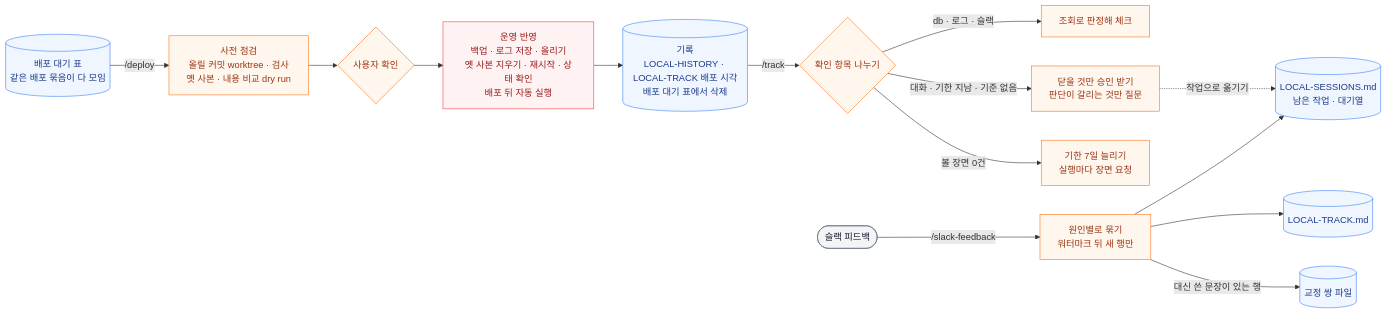
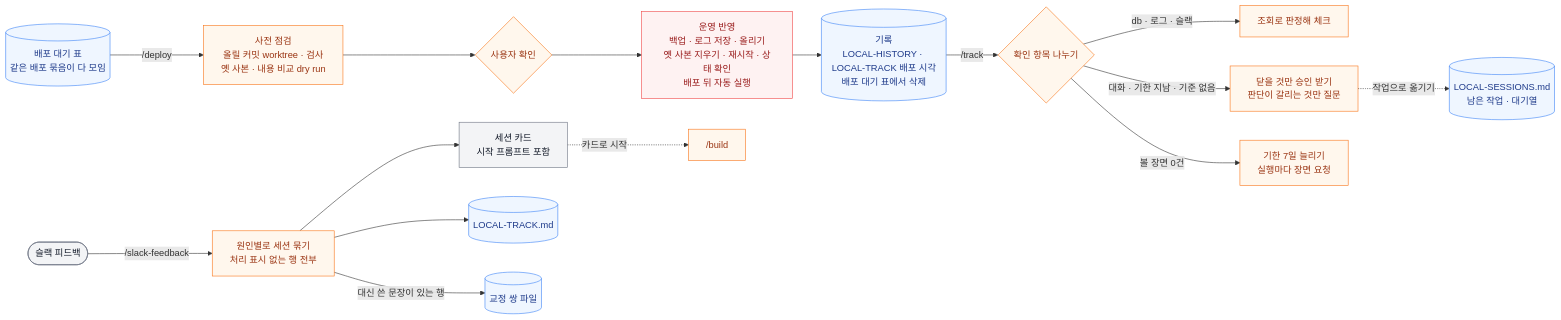
The fifth of 6 diagrams in workflow/skills-overview.md (hyewon3938/build-with-ai), drawn with Mermaid before and after one commit. The commit also changed other lines of this file and 4 other files, not shown here.

First line of the commit message:
docs: /slack-feedback이 대기열 대신 세션 카드로 보고하도록 변경

````diff
--- a/workflow/skills-overview.md
+++ b/workflow/skills-overview.md
@@ -163,26 +164,27 @@
 ```mermaid
 graph LR
     DW[("배포 대기 표<br/>같은 배포 묶음이 다 모임")] -->|/deploy| PRE["사전 점검<br/>올릴 커밋 worktree · 검사<br/>옛 사본 · 내용 비교 dry run"]
     PRE --> OK{"사용자 확인"}
     OK --> RUN["운영 반영<br/>백업 · 로그 저장 · 올리기<br/>옛 사본 지우기 · 재시작 · 상태 확인<br/>배포 뒤 자동 실행"]
     RUN --> REC[("기록<br/>LOCAL-HISTORY · LOCAL-TRACK 배포 시각<br/>배포 대기 표에서 삭제")]
     REC -->|/track| TR{"확인 항목 나누기"}
     TR -->|db · 로그 · 슬랙| AUTO["조회로 판정해 체크"]
     TR -->|대화 · 기한 지남 · 기준 없음| ASK["닫을 것만 승인 받기<br/>판단이 갈리는 것만 질문"]
     ASK -.작업으로 옮기기.-> QU[("LOCAL-SESSIONS.md<br/>남은 작업 · 대기열")]
     TR -->|볼 장면 0건| SCENE["기한 7일 늘리기<br/>실행마다 장면 요청"]
-    SL(["슬랙 피드백"]) -->|/slack-feedback| FB["원인별로 묶기<br/>워터마크 뒤 새 행만"]
-    FB --> QU
+    SL(["슬랙 피드백"]) -->|/slack-feedback| FB["원인별로 세션 묶기<br/>처리 표시 없는 행 전부"]
+    FB --> RP["세션 카드<br/>시작 프롬프트 포함"]
+    RP -.카드로 시작.-> BLD["/build"]
     FB --> TK[("LOCAL-TRACK.md")]
     FB -->|대신 쓴 문장이 있는 행| CP[("교정 쌍 파일")]
 
     classDef io fill:#f3f4f6,stroke:#6b7280,color:#111827
     classDef judge fill:#fff7ed,stroke:#f97316,color:#9a3412
     classDef local fill:#eff6ff,stroke:#3b82f6,color:#1e3a8a
     classDef external fill:#fef2f2,stroke:#ef4444,color:#991b1b
 
-    class SL io
-    class PRE,OK,TR,AUTO,ASK,SCENE,FB judge
+    class SL,RP io
+    class PRE,OK,TR,AUTO,ASK,SCENE,FB,BLD judge
     class DW,REC,QU,TK,CP local
     class RUN external
 ```
````
